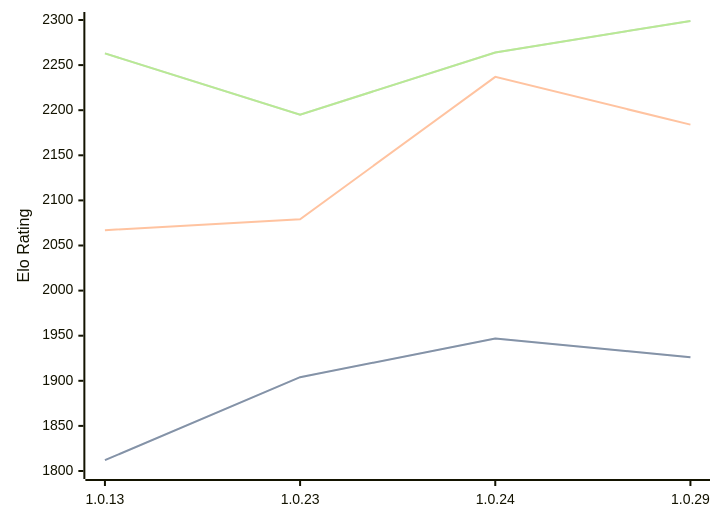
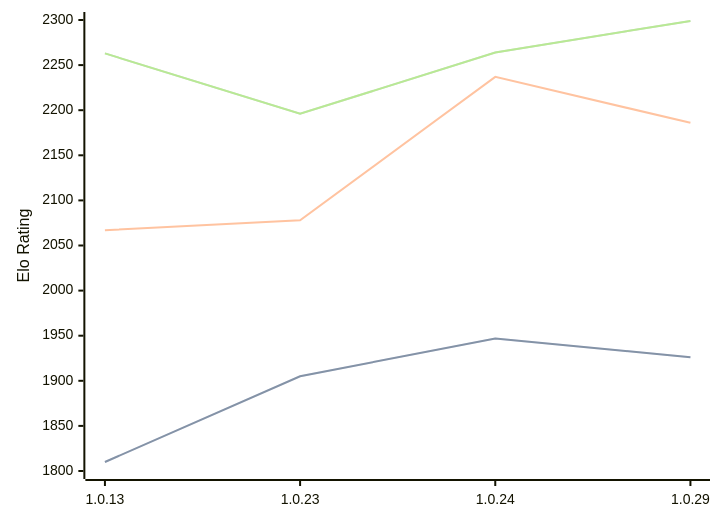
The diagram in engines/RustyRival.md (computer-chess-index/cci), drawn with Mermaid before and after one commit. The commit also changed other lines of this file, not shown here.

Commit message:
Update CCI Ratings (ELO VLTC) - 2026-03-25

````diff
--- a/engines/RustyRival.md
+++ b/engines/RustyRival.md
@@ -62,11 +62,11 @@
 ```mermaid
 %%{init: {"theme":"base","themeVariables":{"seriesColors:['#a3a3a3','#222221','#faa371']}}}%%
 xychart-beta
   x-axis ["1.0.13", "1.0.23", "1.0.24", "1.0.29"]
   y-axis "Elo Rating" 1800 --> 2300
-  line "STC (8.0+0.08s)" [1812, 1904, 1947, 1926]
-  line "STC (8.0+0.08s)" [1812, 1904, 1947, 1926]
-  line "LTC (60.0+0.60s)" [2067, 2079, 2237, 2184]
-  line "VLTC (2m24s+1.12s)" [2263, 2195, 2264, 2299]
-  line "VLTC (2m24s+1.12s)" [2263, 2195, 2264, 2299]
+  line "STC (8.0+0.08s)" [1810, 1905, 1947, 1926]
+  line "STC (8.0+0.08s)" [1810, 1905, 1947, 1926]
+  line "LTC (60.0+0.60s)" [2067, 2078, 2237, 2186]
+  line "VLTC (2m24s+1.12s)" [2263, 2196, 2264, 2299]
+  line "VLTC (2m24s+1.12s)" [2263, 2196, 2264, 2299]
 ```
````
